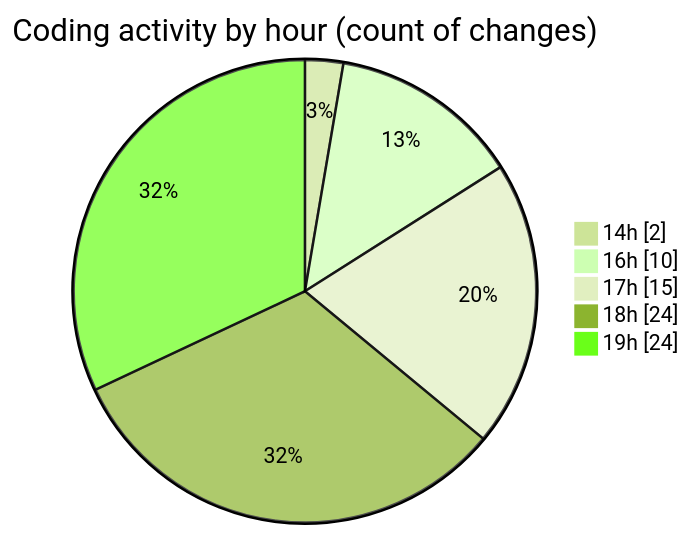
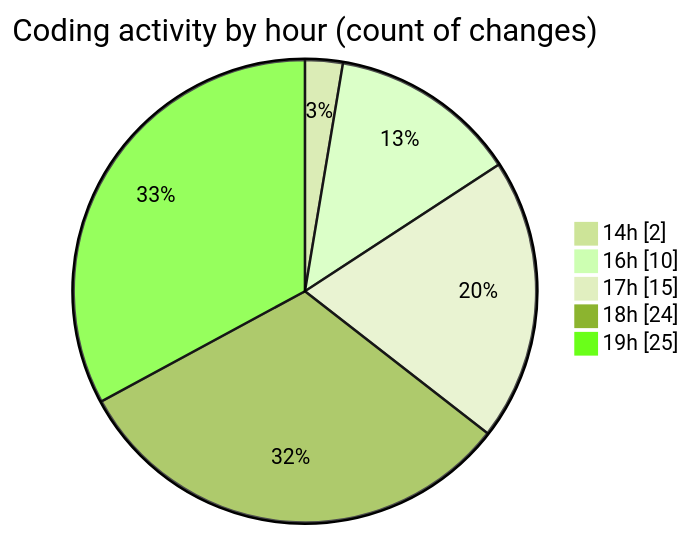
One commit to Ritupan-Deka/code-tracking changed the second of 2 diagrams in 2025-06-18/scopesketch-app/README.md. Above: the diagram before and after it, drawn with Mermaid (forest theme). The commit also changed other lines of this file and 1 other file, not shown here.

````diff
--- a/2025-06-18/scopesketch-app/README.md
+++ b/2025-06-18/scopesketch-app/README.md
@@ -42,9 +42,9 @@
 ```mermaid
 pie showData
 title Coding activity by hour (count of changes)
 "14h" : 2
 "16h" : 10
 "17h" : 15
 "18h" : 24
-"19h" : 24
+"19h" : 25
 ```
````
